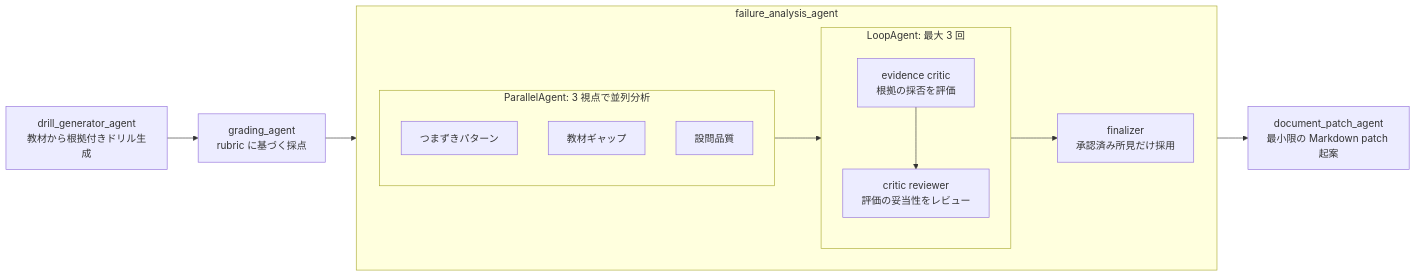
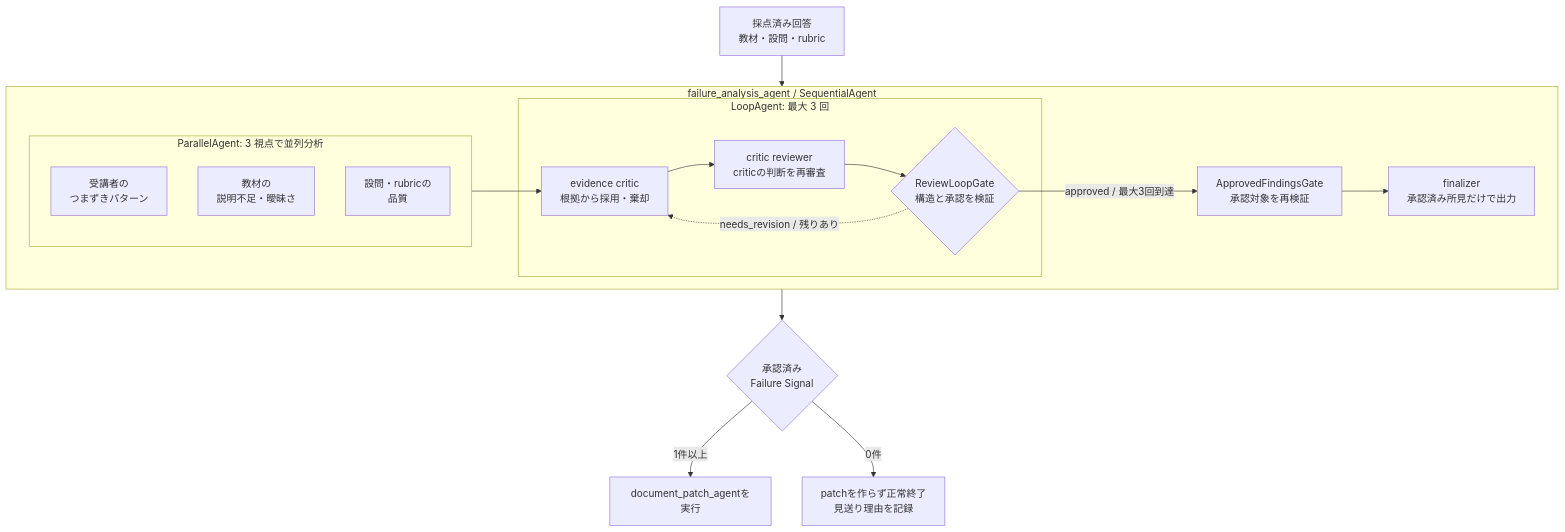
The fourth of 4 diagrams in docs/blog.md (tomomj/knowledge-drills), drawn with Mermaid before and after one commit. The commit also changed other lines of this file, not shown here.

Commit message:
Expand agent architecture in hackathon blog

````diff
--- a/docs/blog.md
+++ b/docs/blog.md
@@ -132,22 +178,29 @@
 ```mermaid
-flowchart LR
-    DG["drill_generator_agent<br/>教材から根拠付きドリル生成"]
-    GR["grading_agent<br/>rubric に基づく採点"]
+flowchart TB
+    IN["採点済み回答<br/>教材・設問・rubric"]
 
-    subgraph FA["failure_analysis_agent"]
+    subgraph FA["failure_analysis_agent / SequentialAgent"]
         direction LR
         subgraph P["ParallelAgent: 3 視点で並列分析"]
-            A1["つまずきパターン"]
-            A2["教材ギャップ"]
-            A3["設問品質"]
+            A1["受講者の<br/>つまずきパターン"]
+            A2["教材の<br/>説明不足・曖昧さ"]
+            A3["設問・rubricの<br/>品質"]
         end
         subgraph L["LoopAgent: 最大 3 回"]
-            C1["evidence critic<br/>根拠の採否を評価"] --> C2["critic reviewer<br/>評価の妥当性をレビュー"]
+            C1["evidence critic<br/>根拠から採用・棄却"]
+            C2["critic reviewer<br/>criticの判断を再審査"]
+            G{"ReviewLoopGate<br/>構造と承認を検証"}
+            C1 --> C2 --> G
+            G -. "needs_revision / 残りあり" .-> C1
         end
-        F["finalizer<br/>承認済み所見だけ採用"]
-        P --> L --> F
+        AG["ApprovedFindingsGate<br/>承認対象を再検証"]
+        F["finalizer<br/>承認済み所見だけで出力"]
+        P --> C1
+        G -->|approved / 最大3回到達| AG --> F
     end
 
-    DP["document_patch_agent<br/>最小限の Markdown patch 起案"]
-    DG --> GR --> FA --> DP
+    IN --> P
+    F --> OUT{"承認済み<br/>Failure Signal"}
+    OUT -->|1件以上| PATCH["document_patch_agentを実行"]
+    OUT -->|0件| SKIP["patchを作らず正常終了<br/>見送り理由を記録"]
 ```
````
